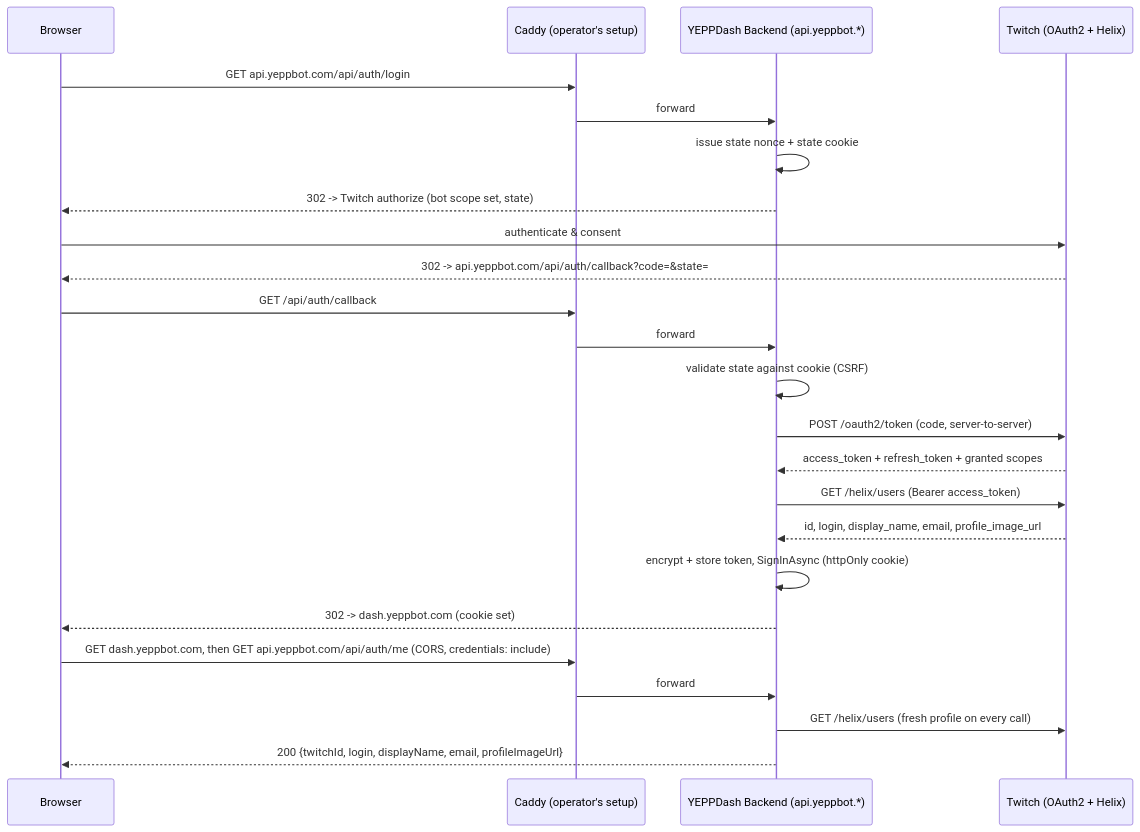
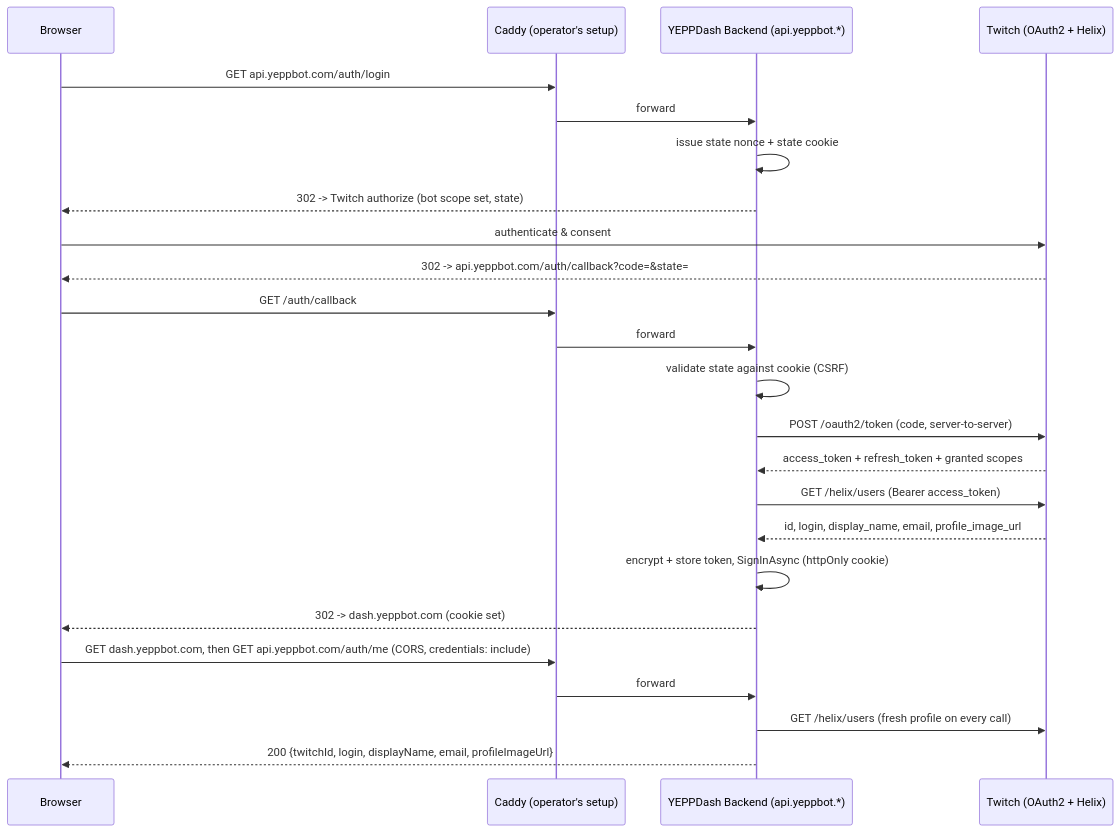
One commit to MCmoderSD/YEPPDash changed the second of 3 diagrams in PLAN.md. Above: the diagram before and after it, drawn with Mermaid. The commit also changed other lines of this file and 2 other files, not shown here.

First line of the commit message:
Bring README, ROADMAP and PLAN up to date with what actually shipped

````diff
--- a/PLAN.md
+++ b/PLAN.md
@@ -36,27 +38,27 @@
 ```mermaid
 sequenceDiagram
     participant U as Browser
     participant P as Caddy (operator's setup)
     participant BE as YEPPDash Backend (api.yeppbot.*)
     participant T as Twitch (OAuth2 + Helix)
 
-    U->>P: GET api.yeppbot.com/api/auth/login
+    U->>P: GET api.yeppbot.com/auth/login
     P->>BE: forward
     BE->>BE: issue state nonce + state cookie
     BE-->>U: 302 -> Twitch authorize (bot scope set, state)
     U->>T: authenticate & consent
-    T-->>U: 302 -> api.yeppbot.com/api/auth/callback?code=&state=
-    U->>P: GET /api/auth/callback
+    T-->>U: 302 -> api.yeppbot.com/auth/callback?code=&state=
+    U->>P: GET /auth/callback
     P->>BE: forward
     BE->>BE: validate state against cookie (CSRF)
     BE->>T: POST /oauth2/token (code, server-to-server)
     T-->>BE: access_token + refresh_token + granted scopes
     BE->>T: GET /helix/users (Bearer access_token)
     T-->>BE: id, login, display_name, email, profile_image_url
     BE->>BE: encrypt + store token, SignInAsync (httpOnly cookie)
     BE-->>U: 302 -> dash.yeppbot.com (cookie set)
-    U->>P: GET dash.yeppbot.com, then GET api.yeppbot.com/api/auth/me (CORS, credentials: include)
+    U->>P: GET dash.yeppbot.com, then GET api.yeppbot.com/auth/me (CORS, credentials: include)
     P->>BE: forward
     BE->>T: GET /helix/users (fresh profile on every call)
     BE-->>U: 200 {twitchId, login, displayName, email, profileImageUrl}
 ```
````
